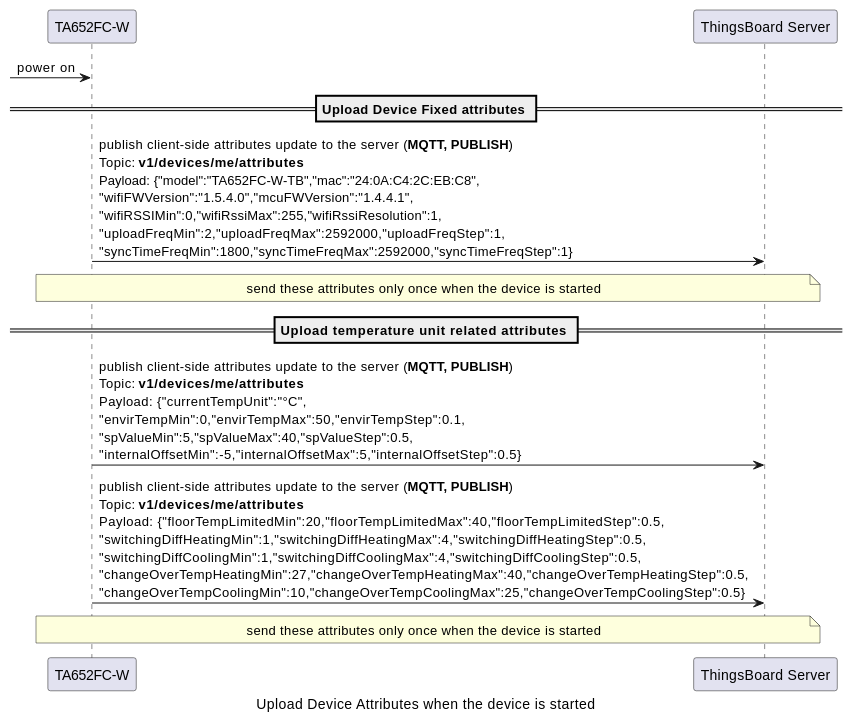
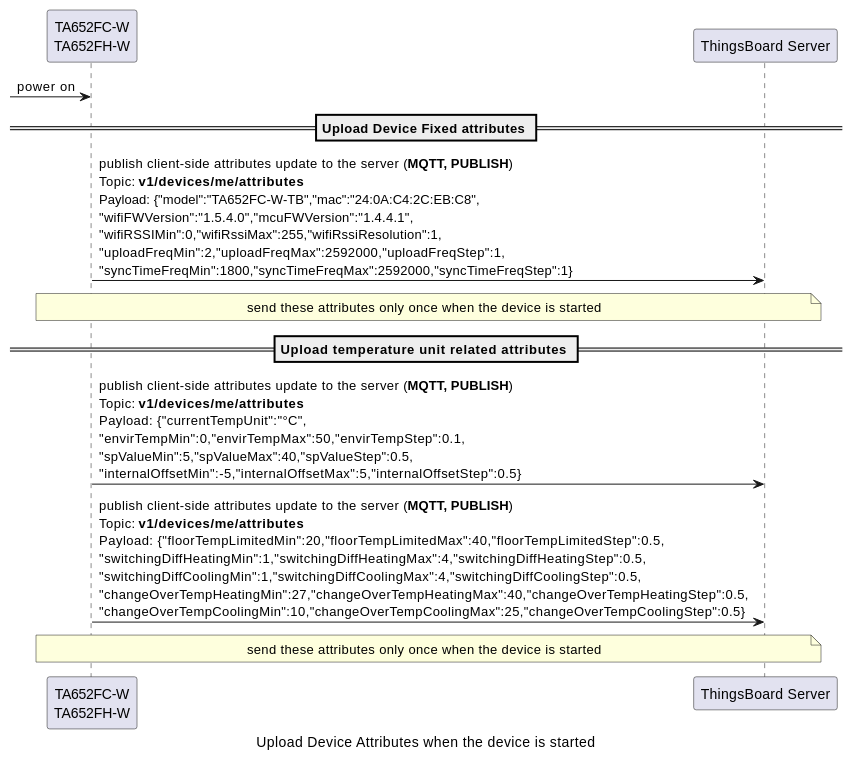
The ninth of 17 diagrams in docs/device/ta652fc-w/ta652fc-w-mqtt-api.rst (avantec-iot/avantec-thingsboard), drawn with PlantUML before and after one commit. The commit also changed other lines of this file and 9 other files, not shown here.

```diff
--- a/docs/device/ta652fc-w/ta652fc-w-mqtt-api.rst
+++ b/docs/device/ta652fc-w/ta652fc-w-mqtt-api.rst
@@ -401,23 +401,23 @@
   .. uml::
 
     caption  Upload Device Attributes when the device is started
 
-    participant "TA652FC-W" as TBDev order 10
+    participant "TA652FC-W\nTA652FH-W" as TBDev order 10
     participant "ThingsBoard Server"  as TBSrv order 20 
 
     [-> TBDev : power on
 
     == Upload  Device Fixed attributes ==
     TBDev  ->  TBSrv: publish client-side attributes update to the server (**MQTT, PUBLISH**) \nTopic: **v1/devices/me/attributes** \nPayload: {"model":"TA652FC-W-TB","mac":"24:0A:C4:2C:EB:C8",\n"wifiFWVersion":"1.5.4.0","mcuFWVersion":"1.4.4.1",\n"wifiRSSIMin":0,"wifiRssiMax":255,"wifiRssiResolution":1,\n"uploadFreqMin":2,"uploadFreqMax":2592000,"uploadFreqStep":1,\n"syncTimeFreqMin":1800,"syncTimeFreqMax":2592000,"syncTimeFreqStep":1}
 
     note over TBDev, TBSrv
     send these attributes only once when the device is started
     end note
 
     == Upload  temperature unit related attributes ==
     TBDev  ->  TBSrv: publish client-side attributes update to the server (**MQTT, PUBLISH**) \nTopic: **v1/devices/me/attributes** \nPayload: {"currentTempUnit":"°C",\n"envirTempMin":0,"envirTempMax":50,"envirTempStep":0.1,\n"spValueMin":5,"spValueMax":40,"spValueStep":0.5,\n"internalOffsetMin":-5,"internalOffsetMax":5,"internalOffsetStep":0.5}
     TBDev  ->  TBSrv: publish client-side attributes update to the server (**MQTT, PUBLISH**) \nTopic: **v1/devices/me/attributes** \nPayload: {"floorTempLimitedMin":20,"floorTempLimitedMax":40,"floorTempLimitedStep":0.5,\n"switchingDiffHeatingMin":1,"switchingDiffHeatingMax":4,"switchingDiffHeatingStep":0.5,\n"switchingDiffCoolingMin":1,"switchingDiffCoolingMax":4,"switchingDiffCoolingStep":0.5,\n"changeOverTempHeatingMin":27,"changeOverTempHeatingMax":40,"changeOverTempHeatingStep":0.5,\n"changeOverTempCoolingMin":10,"changeOverTempCoolingMax":25,"changeOverTempCoolingStep":0.5}
 
     note over TBDev, TBSrv
     send these attributes only once when the device is started
     end note
```
